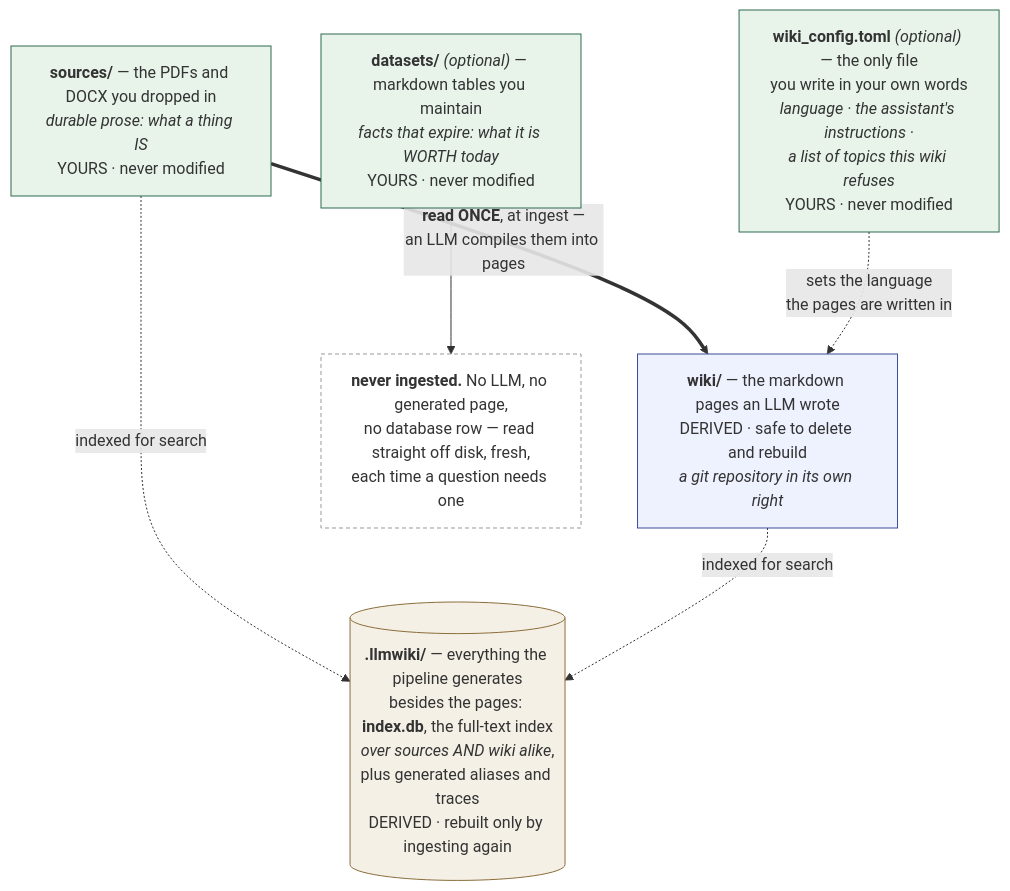
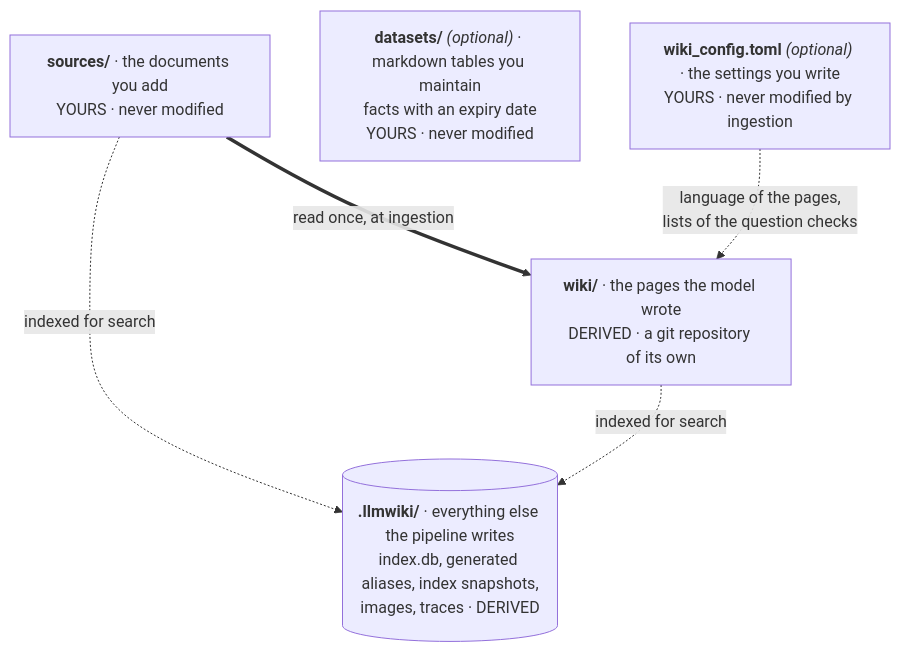
The first of 3 diagrams in docs/ingestion_walkthrough.md (Clod/llmwiki-marimo), drawn with Mermaid before and after one commit. The commit also changed other lines of this file and 4 other files, not shown here.

First line of the commit message:
docs: the ingestion walkthrough, written again against the current pipeline

````diff
--- a/docs/ingestion_walkthrough.md
+++ b/docs/ingestion_walkthrough.md
@@ -102,22 +86,13 @@
 ```mermaid
 flowchart TD
-    SRC["<b>sources/</b> — the PDFs and DOCX you dropped in<br/><i>durable prose: what a thing IS</i><br/>YOURS · never modified"]
-    DS["<b>datasets/</b> <i>(optional)</i> — markdown tables you maintain<br/><i>facts that expire: what it is WORTH today</i><br/>YOURS · never modified"]
-    CFG["<b>wiki_config.toml</b> <i>(optional)</i> — the only file<br/>you write in your own words<br/><i>language · the assistant's instructions ·<br/>a list of topics this wiki refuses</i><br/>YOURS · never modified"]
-    WIKI["<b>wiki/</b> — the markdown pages an LLM wrote<br/>DERIVED · safe to delete and rebuild<br/><i>a git repository in its own right</i>"]
-    DB[("<b>.llmwiki/</b> — everything the pipeline generates<br/>besides the pages: <b>index.db</b>, the full-text index<br/><i>over sources AND wiki alike</i>,<br/>plus generated aliases and traces<br/>DERIVED · rebuilt only by ingesting again")]
-    NOTE["<b>never ingested.</b> No LLM, no generated page,<br/>no database row — read straight off disk, fresh,<br/>each time a question needs one"]
+    SRC["<b>sources/</b> · the documents you add<br/>YOURS · never modified"]
+    DS["<b>datasets/</b> <i>(optional)</i> · markdown tables you maintain<br/>facts with an expiry date<br/>YOURS · never modified"]
+    CFG["<b>wiki_config.toml</b> <i>(optional)</i> · the settings you write<br/>YOURS · never modified by ingestion"]
+    WIKI["<b>wiki/</b> · the pages the model wrote<br/>DERIVED · a git repository of its own"]
+    DB[("<b>.llmwiki/</b> · everything else the pipeline writes<br/>index.db, generated aliases, index snapshots,<br/>images, traces · DERIVED")]
 
-    SRC ==>|"<b>read ONCE</b>, at ingest —<br/>an LLM compiles them into pages"| WIKI
+    SRC ==>|"read once, at ingestion"| WIKI
     SRC -.->|indexed for search| DB
     WIKI -.->|indexed for search| DB
-    DS --> NOTE
-    CFG -.->|"sets the language<br/>the pages are written in"| WIKI
-
-    style SRC fill:#e8f4ea,stroke:#2d6a4f
-    style DS fill:#e8f4ea,stroke:#2d6a4f
-    style CFG fill:#e8f4ea,stroke:#2d6a4f
-    style WIKI fill:#eef2ff,stroke:#3b4d9b
-    style DB fill:#f5f0e6,stroke:#8a6d3b
-    style NOTE fill:#fff,stroke:#999,stroke-dasharray: 4 3
+    CFG -.->|"language of the pages,<br/>lists of the question checks"| WIKI
 ```
````
